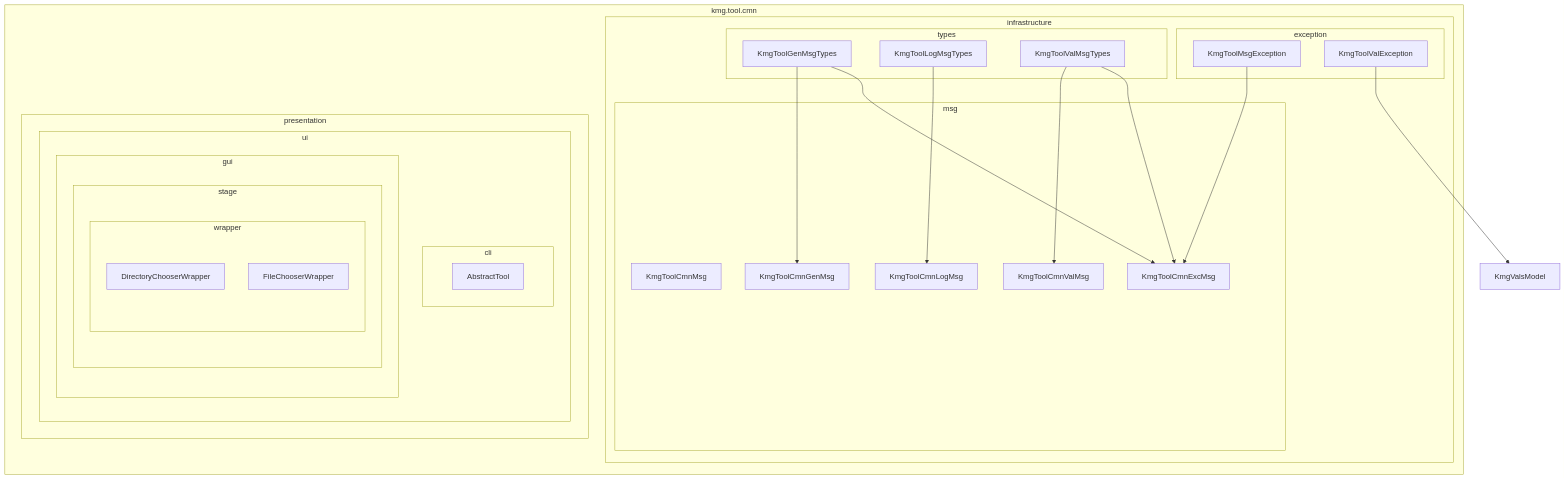
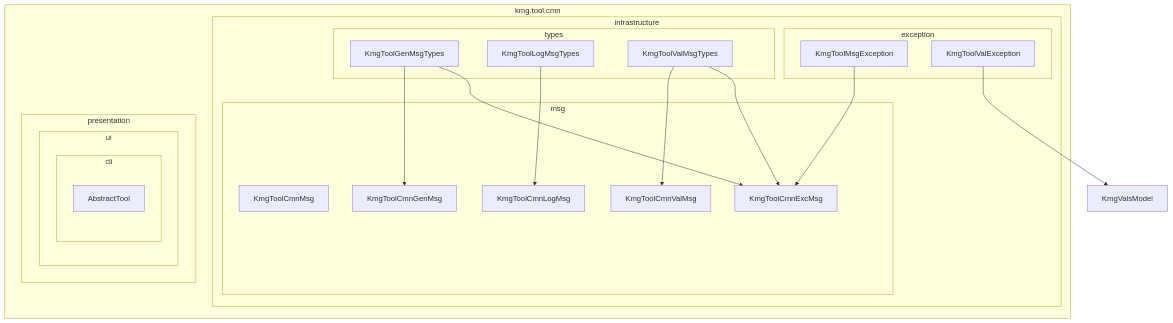
The second of 3 diagrams in docs/設計書/共通の設計図.md (KenichiroArai/kmg-tool-base), drawn with Mermaid before and after one commit. The commit also changed other lines of this file and 1 other file, not shown here.

````diff
--- a/docs/設計書/共通の設計図.md
+++ b/docs/設計書/共通の設計図.md
@@ -187,51 +167,42 @@
 ```mermaid
 graph TB
     subgraph "kmg.tool.cmn"
         subgraph "infrastructure"
             subgraph "exception"
                 KmgToolMsgException["KmgToolMsgException"]
                 KmgToolValException["KmgToolValException"]
             end
 
             subgraph "msg"
                 KmgToolCmnMsg["KmgToolCmnMsg"]
                 KmgToolCmnExcMsg["KmgToolCmnExcMsg"]
                 KmgToolCmnGenMsg["KmgToolCmnGenMsg"]
                 KmgToolCmnLogMsg["KmgToolCmnLogMsg"]
                 KmgToolCmnValMsg["KmgToolCmnValMsg"]
             end
 
             subgraph "types"
                 KmgToolGenMsgTypes["KmgToolGenMsgTypes"]
                 KmgToolLogMsgTypes["KmgToolLogMsgTypes"]
                 KmgToolValMsgTypes["KmgToolValMsgTypes"]
             end
         end
 
         subgraph "presentation"
             subgraph "ui"
                 subgraph "cli"
                     AbstractTool["AbstractTool"]
                 end
-
-                subgraph "gui"
-                    subgraph "stage"
-                        subgraph "wrapper"
-                            DirectoryChooserWrapper["DirectoryChooserWrapper"]
-                            FileChooserWrapper["FileChooserWrapper"]
-                        end
-                    end
-                end
             end
         end
     end
 
     %% 依存関係
     KmgToolMsgException --> KmgToolCmnExcMsg
     KmgToolValException --> KmgValsModel
     KmgToolGenMsgTypes --> KmgToolCmnGenMsg
     KmgToolGenMsgTypes --> KmgToolCmnExcMsg
     KmgToolLogMsgTypes --> KmgToolCmnLogMsg
     KmgToolValMsgTypes --> KmgToolCmnValMsg
     KmgToolValMsgTypes --> KmgToolCmnExcMsg
 ```
````
